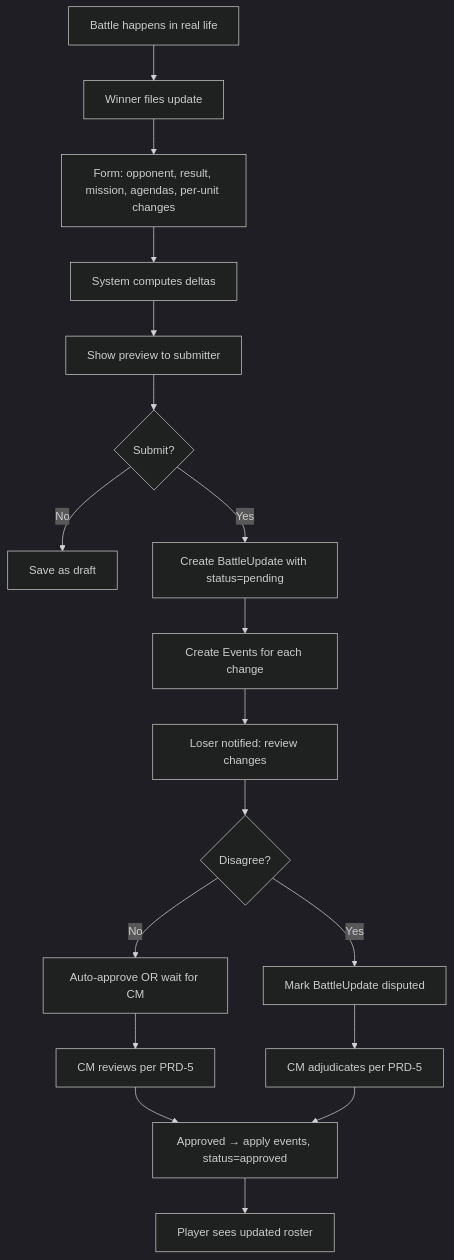
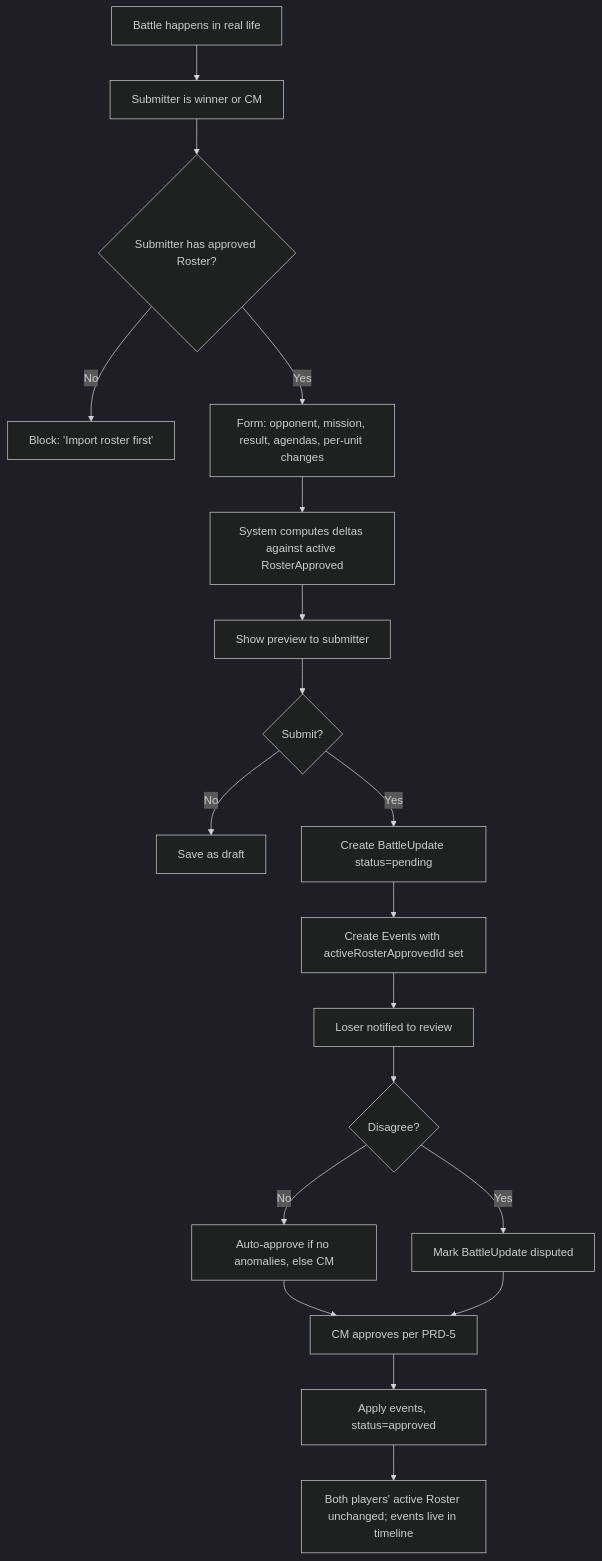
One commit to kaykayyali/crusade-master-prds changed the first of 3 diagrams in prd-4-events-deltas.md. Above: the diagram before and after it, drawn with Mermaid (dark theme). The commit also changed other lines of this file and 12 other files, not shown here.

````diff
--- a/prd-4-events-deltas.md
+++ b/prd-4-events-deltas.md
@@ -105,20 +124,21 @@
 ```mermaid
 flowchart TD
-    A[Battle happens in real life] --> B[Winner files update]
-    B --> C[Form: opponent, result, mission, agendas, per-unit changes]
-    C --> D[System computes deltas]
-    D --> E[Show preview to submitter]
-    E --> F{Submit?}
-    F -->|No| G[Save as draft]
-    F -->|Yes| H[Create BattleUpdate with status=pending]
-    H --> I[Create Events for each change]
-    I --> J[Loser notified: review changes]
-    J --> K{Disagree?}
-    K -->|No| L[Auto-approve OR wait for CM]
-    K -->|Yes| M[Mark BattleUpdate disputed]
-    M --> N[CM adjudicates per PRD-5]
-    L --> O[CM reviews per PRD-5]
-    O --> P[Approved → apply events, status=approved]
-    N --> P
-    P --> Q[Player sees updated roster]
+    A[Battle happens in real life] --> B[Submitter is winner or CM]
+    B --> C{Submitter has approved Roster?}
+    C -->|No| D[Block: 'Import roster first']
+    C -->|Yes| E[Form: opponent, mission, result, agendas, per-unit changes]
+    E --> F[System computes deltas against active RosterApproved]
+    F --> G[Show preview to submitter]
+    G --> H{Submit?}
+    H -->|No| I[Save as draft]
+    H -->|Yes| J[Create BattleUpdate status=pending]
+    J --> K[Create Events with activeRosterApprovedId set]
+    K --> L[Loser notified to review]
+    L --> M{Disagree?}
+    M -->|No| N[Auto-approve if no anomalies, else CM]
+    M -->|Yes| O[Mark BattleUpdate disputed]
+    N --> P[CM approves per PRD-5]
+    O --> P
+    P --> Q[Apply events, status=approved]
+    Q --> R[Both players' active Roster unchanged; events live in timeline]
 ```
````
